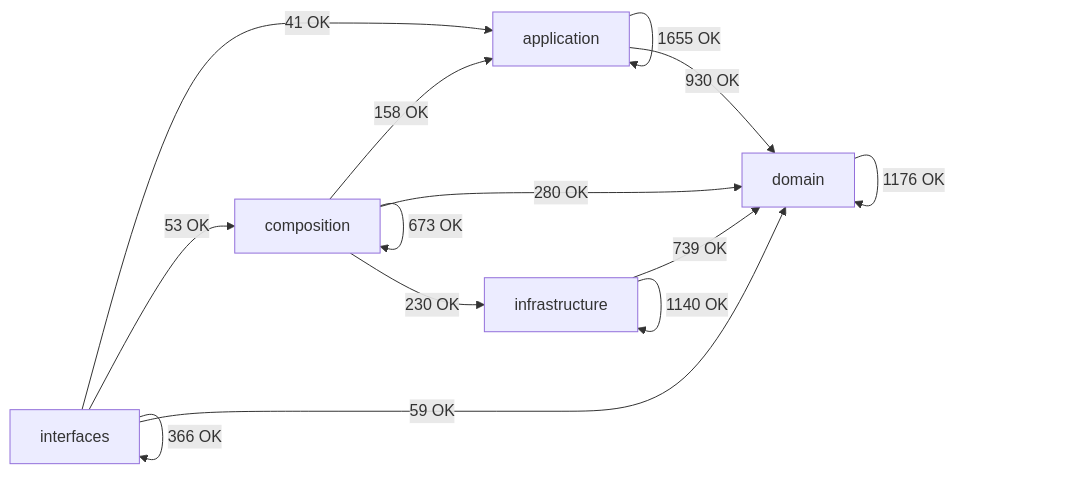
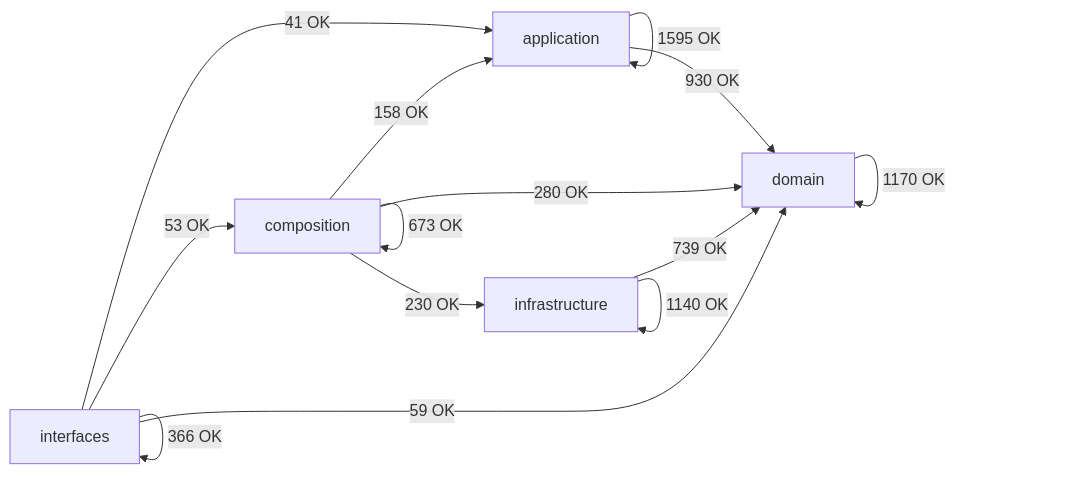
The diagram in docs/02-architecture/generated/module-dependency-map.md (SatoryKono/BioactivityDataAcquisition), drawn with Mermaid before and after one commit. The commit also changed other lines of this file and 78 other files, not shown here.

````diff
--- a/docs/02-architecture/generated/module-dependency-map.md
+++ b/docs/02-architecture/generated/module-dependency-map.md
@@ -17,21 +17,21 @@
 ```mermaid
 flowchart LR
     domain[domain]
     application[application]
     infrastructure[infrastructure]
     composition[composition]
     interfaces[interfaces]
-    application -->|1655 OK| application
+    application -->|1595 OK| application
     application -->|930 OK| domain
     composition -->|158 OK| application
     composition -->|673 OK| composition
     composition -->|280 OK| domain
     composition -->|230 OK| infrastructure
-    domain -->|1176 OK| domain
+    domain -->|1170 OK| domain
     infrastructure -->|739 OK| domain
     infrastructure -->|1140 OK| infrastructure
     interfaces -->|41 OK| application
     interfaces -->|53 OK| composition
     interfaces -->|59 OK| domain
     interfaces -->|366 OK| interfaces
 ```
````
